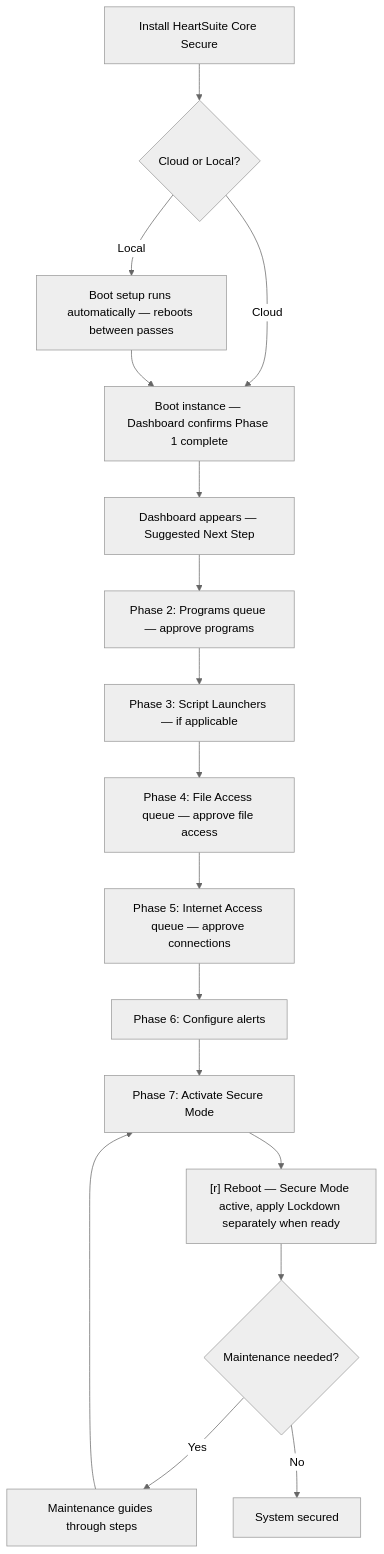
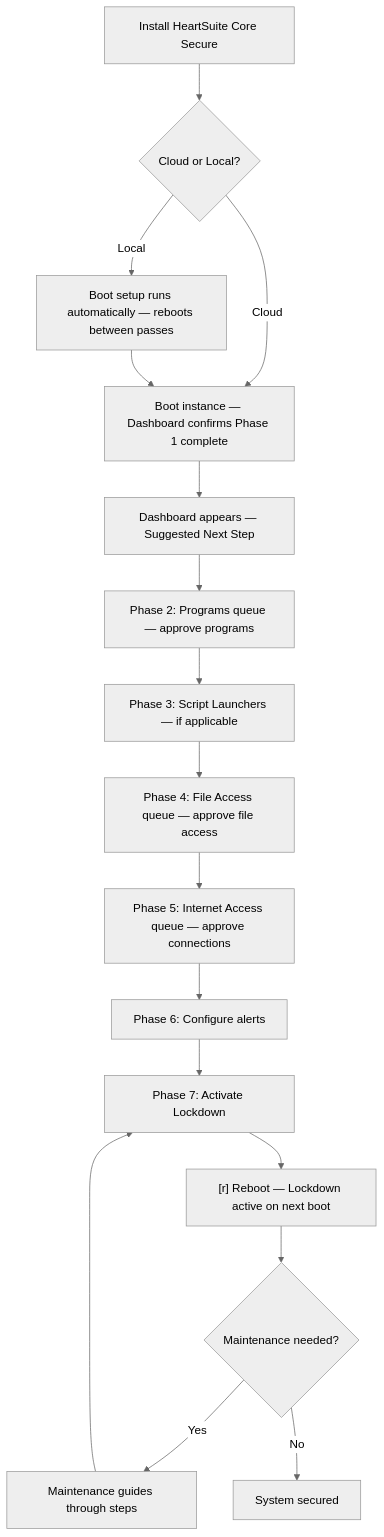
Before and after one commit to HeartSecuritySuite/heartsuite-docs: the diagram in content/en/docs/introduction/setup-overview/_index.md, drawn with Mermaid (neutral theme). The commit also changed other lines of this file and 20 other files, not shown here.

First line of the commit message:
docs: rename Secure Mode → Lockdown throughout user-facing docs (DD-060)

````diff
--- a/content/en/docs/introduction/setup-overview/_index.md
+++ b/content/en/docs/introduction/setup-overview/_index.md
@@ -63,19 +63,19 @@
 ```mermaid
 graph TD
     A[Install HeartSuite Core Secure] --> B{Cloud or Local?}
     B -- Cloud --> C[Boot instance — Dashboard confirms Phase 1 complete]
     B -- Local --> D["Boot setup runs automatically — reboots between passes"]
     D --> C
     C --> E[Dashboard appears — Suggested Next Step]
     E --> F["Phase 2: Programs queue — approve programs"]
     F --> G["Phase 3: Script Launchers — if applicable"]
     G --> H["Phase 4: File Access queue — approve file access"]
     H --> I["Phase 5: Internet Access queue — approve connections"]
     I --> J["Phase 6: Configure alerts"]
-    J --> K["Phase 7: Activate Secure Mode"]
-    K --> L["[r] Reboot — Secure Mode active, apply Lockdown separately when ready"]
+    J --> K["Phase 7: Activate Lockdown"]
+    K --> L["[r] Reboot — Lockdown active on next boot"]
     L --> M{Maintenance needed?}
     M -- Yes --> N["Maintenance guides through steps"]
     N --> K
     M -- No --> O[System secured]
 ```
````
